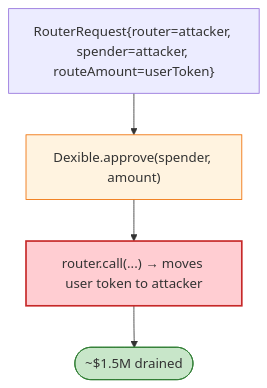
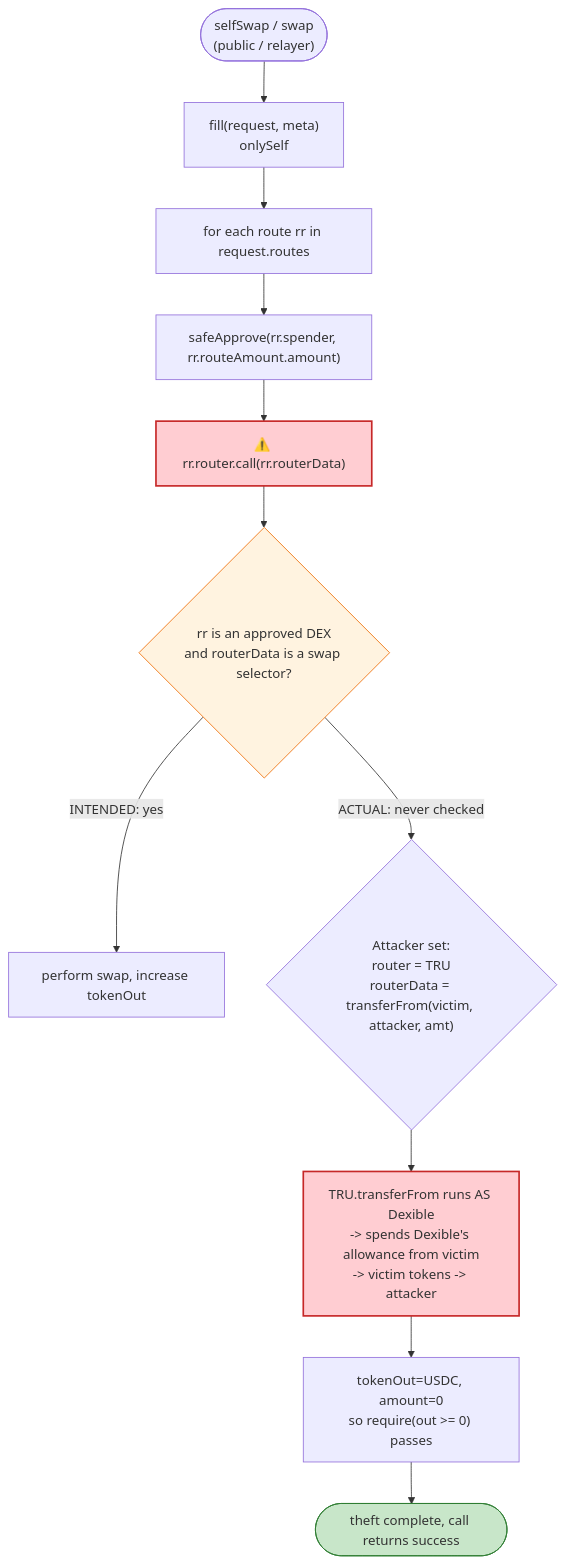
The second of 3 diagrams in 2023-02-Dexible_exp/Dexible_exp.md (sanbir/evm-hack-registry), drawn with Mermaid before and after one commit. The commit also changed other lines of this file and 52 other files, not shown here.

````diff
--- a/2023-02-Dexible_exp/Dexible_exp.md
+++ b/2023-02-Dexible_exp/Dexible_exp.md
@@ -40,10 +339,18 @@
 ```mermaid
 flowchart TD
-    R["RouterRequest{router=attacker, spender=attacker, routeAmount=userToken}"] --> AP["Dexible.approve(spender, amount)"]
-    AP --> CALL["router.call(...) → moves user token to attacker"]
-    CALL --> OUT(["~$1.5M drained"])
+    Start(["selfSwap / swap<br/>(public / relayer)"]) --> Fill["fill(request, meta)<br/>onlySelf"]
+    Fill --> Loop["for each route rr in request.routes"]
+    Loop --> Ap["safeApprove(rr.spender, rr.routeAmount.amount)"]
+    Ap --> Call["⚠️ rr.router.call(rr.routerData)"]
+    Call --> Chk{"rr is an approved DEX<br/>and routerData is a swap selector?"}
+    Chk -- "INTENDED: yes" --> OK["perform swap, increase tokenOut"]
+    Chk -- "ACTUAL: never checked" --> Abuse{"Attacker set:<br/>router = TRU<br/>routerData = transferFrom(victim, attacker, amt)"}
+    Abuse --> Theft["TRU.transferFrom runs AS Dexible<br/>-> spends Dexible's allowance from victim<br/>-> victim tokens -> attacker"]
+    Theft --> Cover["tokenOut=USDC, amount=0<br/>so require(out >= 0) passes"]
+    Cover --> Done(["theft complete, call returns success"])
 
-    style AP fill:#fff3e0,stroke:#ef6c00
-    style CALL fill:#ffcdd2,stroke:#c62828,stroke-width:2px
-    style OUT fill:#c8e6c9,stroke:#2e7d32
+    style Call fill:#ffcdd2,stroke:#c62828,stroke-width:2px
+    style Chk fill:#fff3e0,stroke:#ef6c00
+    style Theft fill:#ffcdd2,stroke:#c62828,stroke-width:2px
+    style Done fill:#c8e6c9,stroke:#2e7d32
 ```
````
